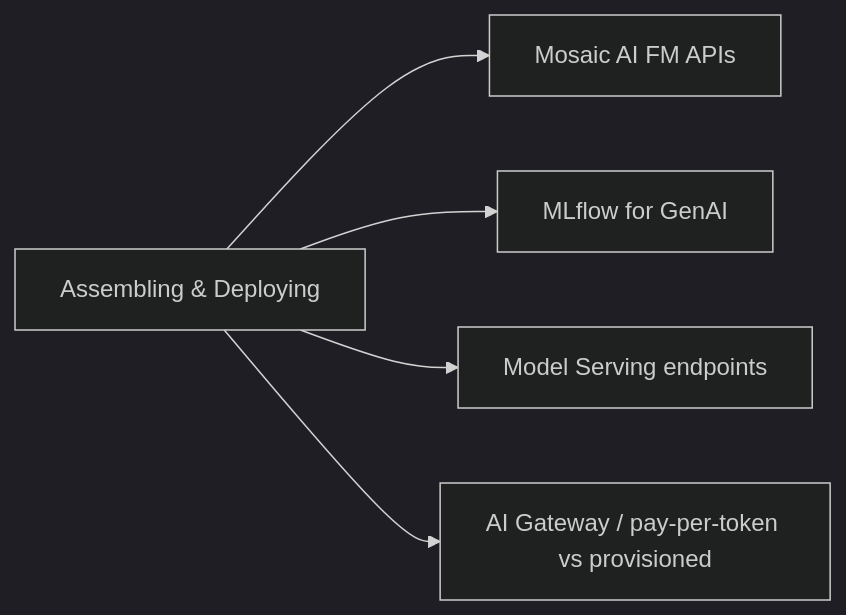
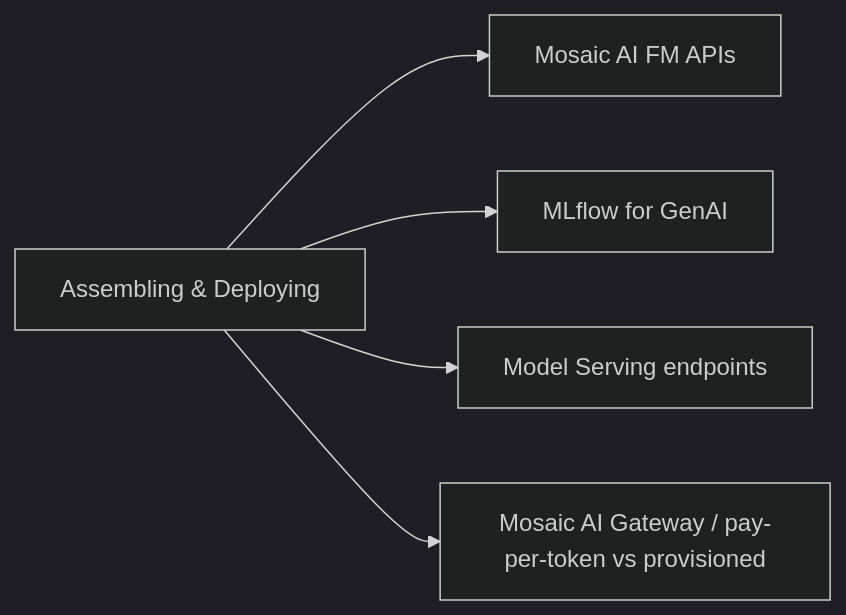
One commit to kengio/databricks-certification-study-guide changed the diagram in certifications/genai-engineer-associate/02-assembling-and-deploying-apps/README.md. Above: the diagram before and after it, drawn with Mermaid (dark theme). The commit also changed other lines of this file and 4 other files, not shown here.

First line of the commit message:
review(round4): apply Mosaic AI Gateway branding + cross-links

````diff
--- a/certifications/genai-engineer-associate/02-assembling-and-deploying-apps/README.md
+++ b/certifications/genai-engineer-associate/02-assembling-and-deploying-apps/README.md
@@ -18,7 +18,7 @@
 ```mermaid
 flowchart LR
     AD[Assembling & Deploying] --> Mosaic[Mosaic AI FM APIs]
     AD --> MLflow[MLflow for GenAI]
     AD --> Serve[Model Serving endpoints]
-    AD --> Gateway[AI Gateway / pay-per-token vs provisioned]
+    AD --> Gateway[Mosaic AI Gateway / pay-per-token vs provisioned]
 ```
````
